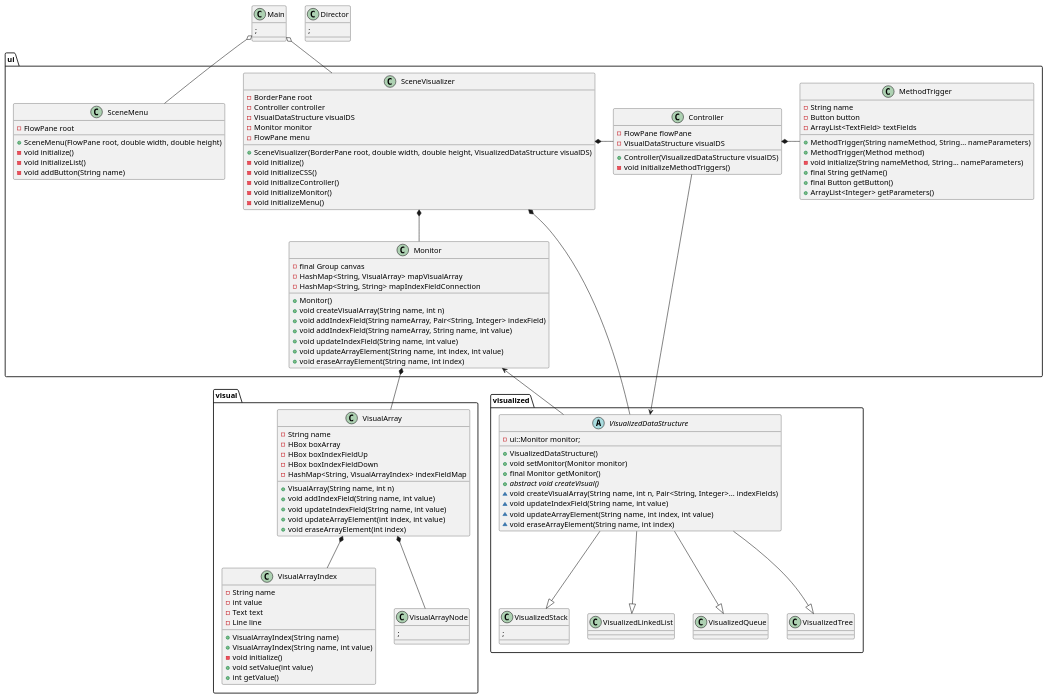
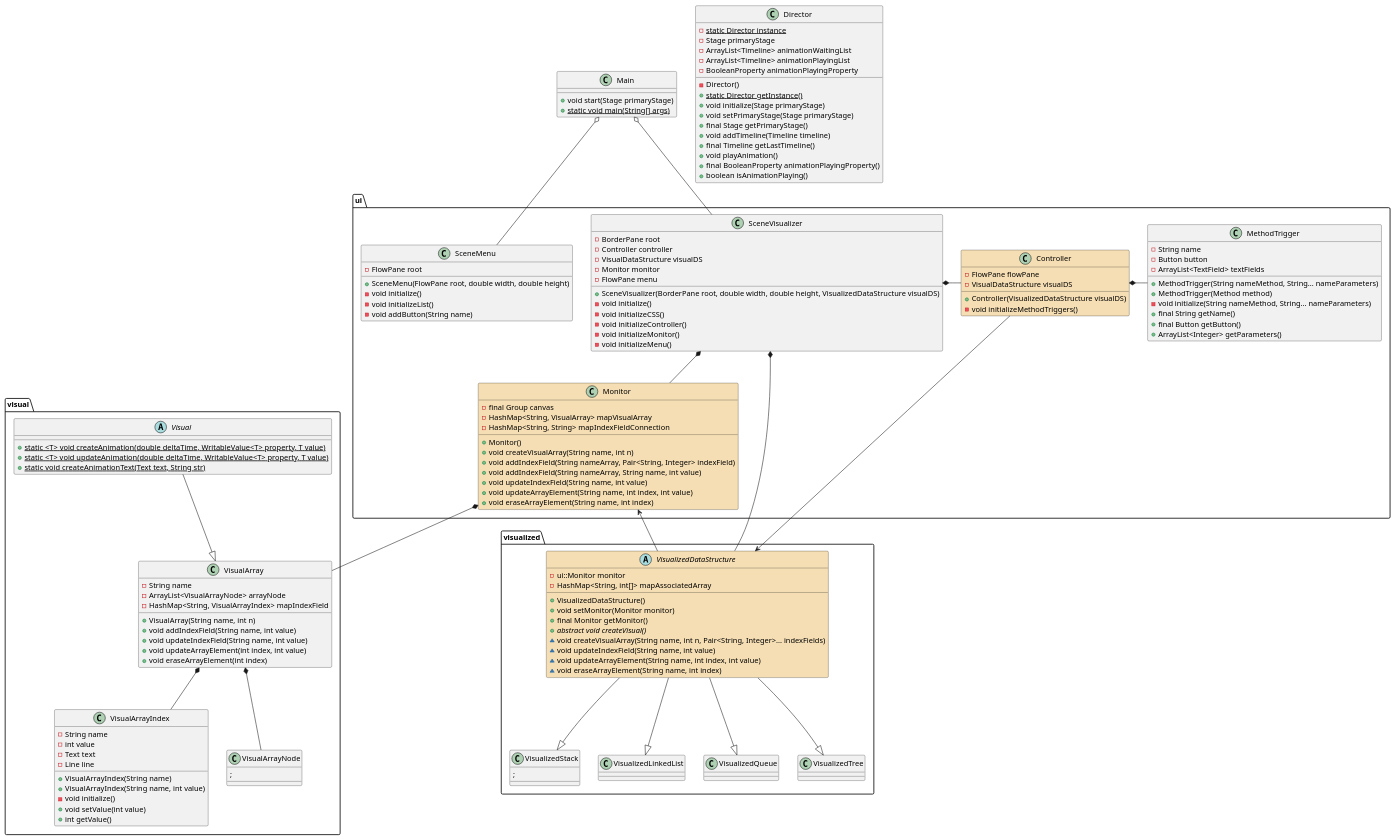
One commit to JM233333/data-structure-visualizer changed the diagram in classDiagram.puml. Above: the diagram before and after it, drawn with PlantUML. The commit also changed 3 other files, not shown here.

```diff
--- a/classDiagram.puml
+++ b/classDiagram.puml
@@ -1,139 +1,159 @@
 @startuml demo
 
 set namespaceSeparator ::
 
 namespace ui {
 
-	class SceneMenu {
-		- FlowPane root
-		+ SceneMenu(FlowPane root, double width, double height)
-		- void initialize()
-		- void initializeList()
-		- void addButton(String name)
-	}
-	class SceneVisualizer {
-		- BorderPane root
-		- Controller controller
-		- VisualDataStructure visualDS
-		- Monitor monitor
-		- FlowPane menu
-		+ SceneVisualizer(BorderPane root, double width, double height, VisualizedDataStructure visualDS)
-		- void initialize()
-		- void initializeCSS()
-		- void initializeController()
-		- void initializeMonitor()
-		- void initializeMenu()
-	}
+    class SceneMenu {
+        - FlowPane root
+        + SceneMenu(FlowPane root, double width, double height)
+        - void initialize()
+        - void initializeList()
+        - void addButton(String name)
+    }
+    class SceneVisualizer {
+        - BorderPane root
+        - Controller controller
+        - VisualDataStructure visualDS
+        - Monitor monitor
+        - FlowPane menu
+        + SceneVisualizer(BorderPane root, double width, double height, VisualizedDataStructure visualDS)
+        - void initialize()
+        - void initializeCSS()
+        - void initializeController()
+        - void initializeMonitor()
+        - void initializeMenu()
+    }
 
-	class Controller {
-		- FlowPane flowPane
-		- VisualDataStructure visualDS
-		+ Controller(VisualizedDataStructure visualDS)
-		- void initializeMethodTriggers()
-	}
-	class MethodTrigger {
-		- String name
-		- Button button
-		- ArrayList<TextField> textFields
-		+ MethodTrigger(String nameMethod, String... nameParameters)
-		+ MethodTrigger(Method method)
-		- void initialize(String nameMethod, String... nameParameters)
-		+ final String getName()
-		+ final Button getButton()
-		+ ArrayList<Integer> getParameters()
-	}
-	class Monitor {
-		- final Group canvas
-		- HashMap<String, VisualArray> mapVisualArray
-		- HashMap<String, String> mapIndexFieldConnection
-		+ Monitor()
-		+ void createVisualArray(String name, int n)
-		+ void addIndexField(String nameArray, Pair<String, Integer> indexField)
-		+ void addIndexField(String nameArray, String name, int value)
-		+ void updateIndexField(String name, int value)
-		+ void updateArrayElement(String name, int index, int value)
-		+ void eraseArrayElement(String name, int index)
-	}
+    class Controller #Wheat {
+        - FlowPane flowPane
+        - VisualDataStructure visualDS
+        + Controller(VisualizedDataStructure visualDS)
+        - void initializeMethodTriggers()
+    }
+    class MethodTrigger {
+        - String name
+        - Button button
+        - ArrayList<TextField> textFields
+        + MethodTrigger(String nameMethod, String... nameParameters)
+        + MethodTrigger(Method method)
+        - void initialize(String nameMethod, String... nameParameters)
+        + final String getName()
+        + final Button getButton()
+        + ArrayList<Integer> getParameters()
+    }
+    class Monitor #Wheat {
+        - final Group canvas
+        - HashMap<String, VisualArray> mapVisualArray
+        - HashMap<String, String> mapIndexFieldConnection
+        + Monitor()
+        + void createVisualArray(String name, int n)
+        + void addIndexField(String nameArray, Pair<String, Integer> indexField)
+        + void addIndexField(String nameArray, String name, int value)
+        + void updateIndexField(String name, int value)
+        + void updateArrayElement(String name, int index, int value)
+        + void eraseArrayElement(String name, int index)
+    }
 
-	SceneVisualizer *- Controller
-	SceneVisualizer *-- Monitor
-	Controller *- MethodTrigger
+    SceneVisualizer *- Controller
+    SceneVisualizer *-- Monitor
+    Controller *- MethodTrigger
 
 }
 
 namespace visualized {
 
-	abstract class VisualizedDataStructure {
-		- ui::Monitor monitor;
-		+ VisualizedDataStructure()
-		+ void setMonitor(Monitor monitor)
-		+ final Monitor getMonitor()
-		+ {abstract} abstract void createVisual()
-		~ void createVisualArray(String name, int n, Pair<String, Integer>... indexFields)
-		~ void updateIndexField(String name, int value)
-		~ void updateArrayElement(String name, int index, int value)
-		~ void eraseArrayElement(String name, int index)
-	}
-	class VisualizedStack {
-		;
-	}
+    abstract class VisualizedDataStructure #Wheat {
+        - ui::Monitor monitor
+        - HashMap<String, int[]> mapAssociatedArray
+        + VisualizedDataStructure()
+        + void setMonitor(Monitor monitor)
+        + final Monitor getMonitor()
+        + {abstract} abstract void createVisual()
+        ~ void createVisualArray(String name, int n, Pair<String, Integer>... indexFields)
+        ~ void updateIndexField(String name, int value)
+        ~ void updateArrayElement(String name, int index, int value)
+        ~ void eraseArrayElement(String name, int index)
+    }
+    class VisualizedStack {
+        ;
+    }
 
-	VisualizedDataStructure --|> VisualizedLinkedList
-	VisualizedDataStructure --|> VisualizedStack
-	VisualizedDataStructure --|> VisualizedQueue
-	VisualizedDataStructure --|> VisualizedTree
+    VisualizedDataStructure --|> VisualizedLinkedList
+    VisualizedDataStructure --|> VisualizedStack
+    VisualizedDataStructure --|> VisualizedQueue
+    VisualizedDataStructure --|> VisualizedTree
 }
 
 namespace visual {
 
-	class VisualArray {
-		- String name
-		- HBox boxArray
-		- HBox boxIndexFieldUp
-		- HBox boxIndexFieldDown
-		- HashMap<String, VisualArrayIndex> indexFieldMap
-		+ VisualArray(String name, int n)
-		+ void addIndexField(String name, int value)
-		+ void updateIndexField(String name, int value)
-		+ void updateArrayElement(int index, int value)
-		+ void eraseArrayElement(int index)
-	}
-	class VisualArrayIndex {
-		- String name
-		- int value
-		- Text text
-		- Line line
-		+ VisualArrayIndex(String name)
-		+ VisualArrayIndex(String name, int value)
-		- void initialize()
-		+ void setValue(int value)
-		+ int getValue()
-	}
-	class VisualArrayNode {
-		;
-	}
+    abstract class Visual {
+        + {static} static <T> void createAnimation(double deltaTime, WritableValue<T> property, T value)
+        + {static} static <T> void updateAnimation(double deltaTime, WritableValue<T> property, T value)
+        + {static} static void createAnimationText(Text text, String str)
+    }
+    class VisualArray {
+        - String name
+        - ArrayList<VisualArrayNode> arrayNode
+        - HashMap<String, VisualArrayIndex> mapIndexField
+        + VisualArray(String name, int n)
+        + void addIndexField(String name, int value)
+        + void updateIndexField(String name, int value)
+        + void updateArrayElement(int index, int value)
+        + void eraseArrayElement(int index)
+    }
+    class VisualArrayIndex {
+        - String name
+        - int value
+        - Text text
+        - Line line
+        + VisualArrayIndex(String name)
+        + VisualArrayIndex(String name, int value)
+        - void initialize()
+        + void setValue(int value)
+        + int getValue()
+    }
+    class VisualArrayNode {
+        ;
+    }
 
-	VisualArray *-- VisualArrayIndex
-	VisualArray *-- VisualArrayNode
+    Visual --|> VisualArray
+    VisualArray *-- VisualArrayIndex
+    VisualArray *-- VisualArrayNode
 }
 
 class Main {
-	;
+    + void start(Stage primaryStage)
+    + {static} static void main(String[] args)
 }
 
 class Director {
-	;
+    - {static} static Director instance
+    - Stage primaryStage
+    - ArrayList<Timeline> animationWaitingList
+    - ArrayList<Timeline> animationPlayingList
+    - BooleanProperty animationPlayingProperty
+    - Director()
+    + {static} static Director getInstance()
+    + void initialize(Stage primaryStage)
+    + void setPrimaryStage(Stage primaryStage)
+    + final Stage getPrimaryStage()
+    + void addTimeline(Timeline timeline)
+    + final Timeline getLastTimeline()
+    + void playAnimation()
+    + final BooleanProperty animationPlayingProperty()
+    + boolean isAnimationPlaying()
 }
 
 Main o-- ui::SceneMenu
 Main o-- ui::SceneVisualizer
 
 ui::SceneVisualizer *-- visualized::VisualizedDataStructure
 ui::Controller -down-> visualized::VisualizedDataStructure
 visualized::VisualizedDataStructure -up-> ui::Monitor
 
 ui::Monitor *-- visual::VisualArray
 
 visualized::VisualizedDataStructure -left[hidden]-> visual::VisualArray
 
 @enduml
```
